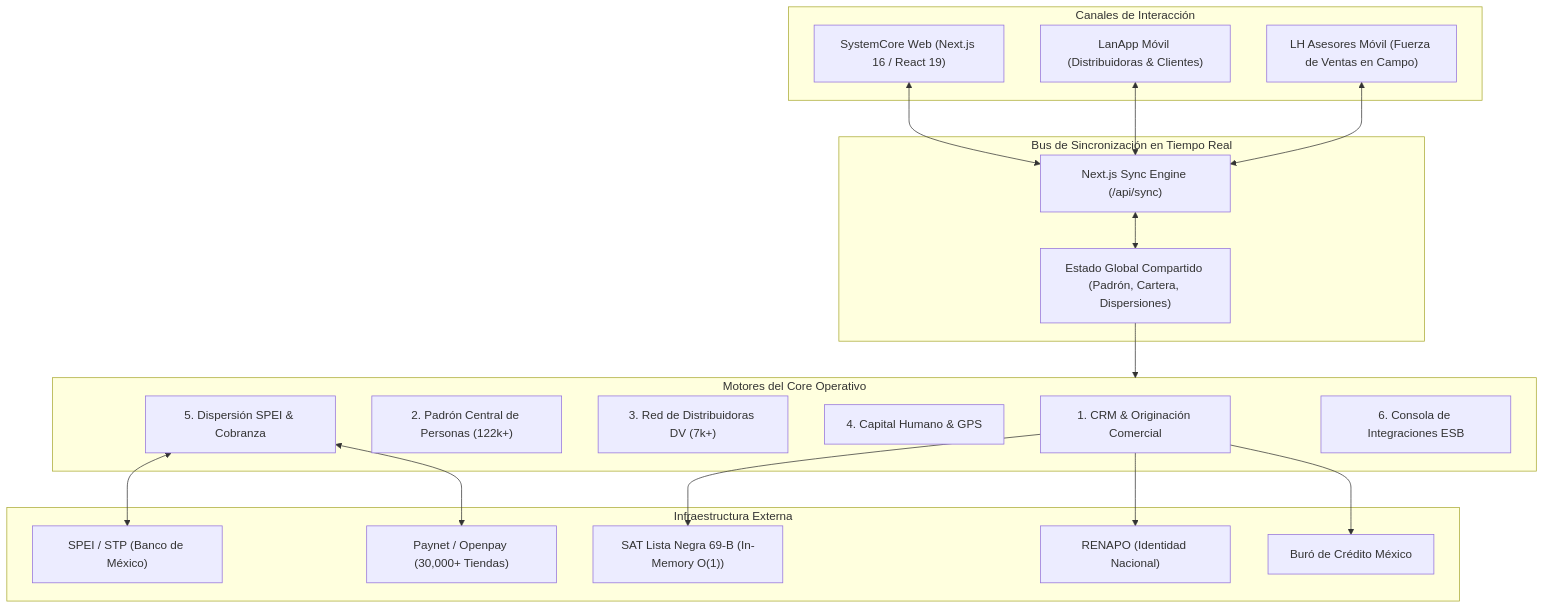
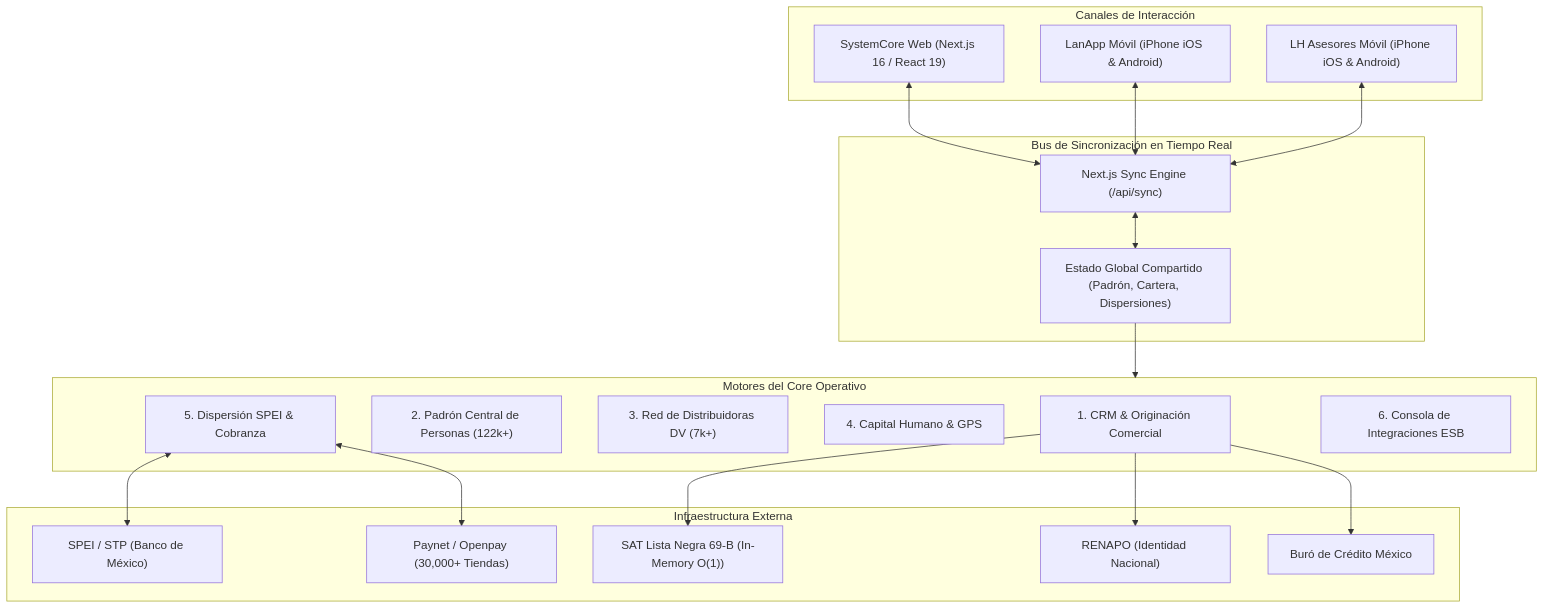
Before and after one commit to CarlosMartinezLH/SystemCore_LH: the first of 2 diagrams in PRESENTACION_EJECUTIVA.md, drawn with Mermaid. The commit also changed other lines of this file and 4 other files, not shown here.

Commit message:
docs: especificar compatibilidad multiplataforma nativa para Apple iPhone (iOS) y Google Android en todos los documentos

````diff
--- a/PRESENTACION_EJECUTIVA.md
+++ b/PRESENTACION_EJECUTIVA.md
@@ -45,43 +45,43 @@
 ```mermaid
 flowchart TD
     subgraph Canales ["Canales de Interacción"]
         WEB["SystemCore Web (Next.js 16 / React 19)"]
-        LANAPP["LanApp Móvil (Distribuidoras & Clientes)"]
-        ASESORES["LH Asesores Móvil (Fuerza de Ventas en Campo)"]
+        LANAPP["LanApp Móvil (iPhone iOS & Android)"]
+        ASESORES["LH Asesores Móvil (iPhone iOS & Android)"]
     end
 
     subgraph SyncEngine ["Bus de Sincronización en Tiempo Real"]
         SYNC["Next.js Sync Engine (/api/sync)"]
         STORE["Estado Global Compartido (Padrón, Cartera, Dispersiones)"]
     end
 
     subgraph MotoresCore ["Motores del Core Operativo"]
         CRM["1. CRM & Originación Comercial"]
         PADRON["2. Padrón Central de Personas (122k+)"]
         DV["3. Red de Distribuidoras DV (7k+)"]
         RH["4. Capital Humano & GPS"]
         STP["5. Dispersión SPEI & Cobranza"]
         ESB["6. Consola de Integraciones ESB"]
     end
 
     subgraph Integraciones ["Infraestructura Externa"]
         BANXICO["SPEI / STP (Banco de México)"]
         PAYNET["Paynet / Openpay (30,000+ Tiendas)"]
         SAT["SAT Lista Negra 69-B (In-Memory O(1))"]
         RENAPO["RENAPO (Identidad Nacional)"]
         BURO["Buró de Crédito México"]
     end
 
     WEB <--> SYNC
     LANAPP <--> SYNC
     ASESORES <--> SYNC
 
     SYNC <--> STORE
     STORE --> MotoresCore
 
     STP <--> BANXICO
     STP <--> PAYNET
     CRM --> SAT
     CRM --> RENAPO
     CRM --> BURO
 ```
````
